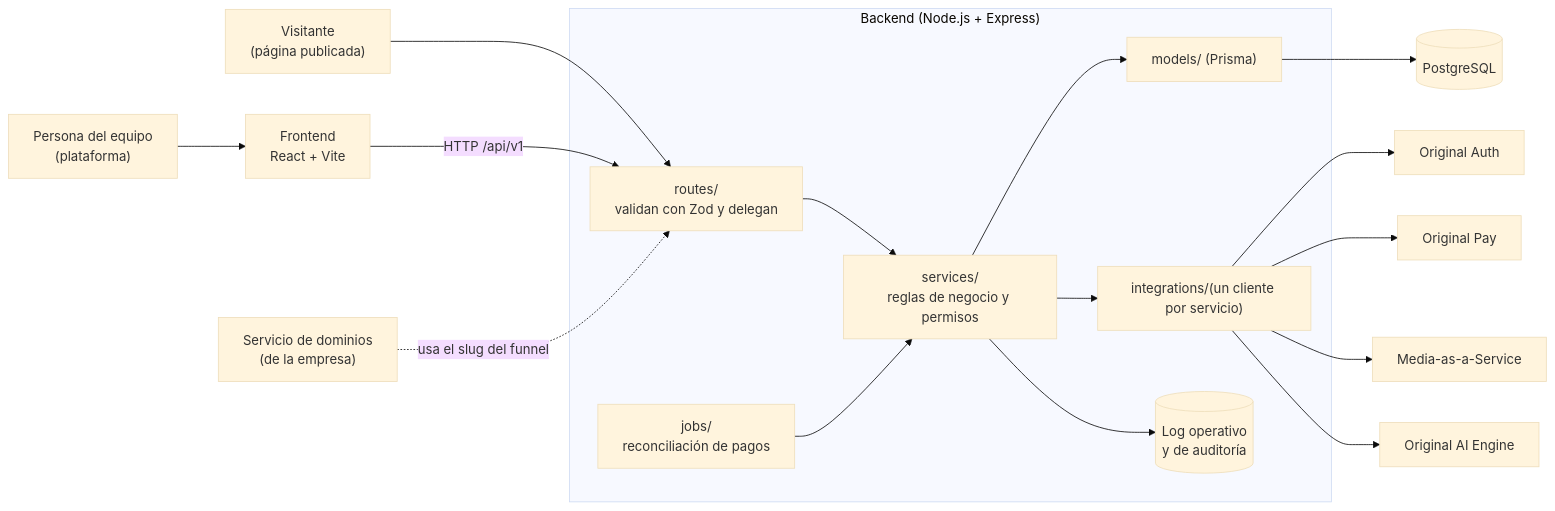
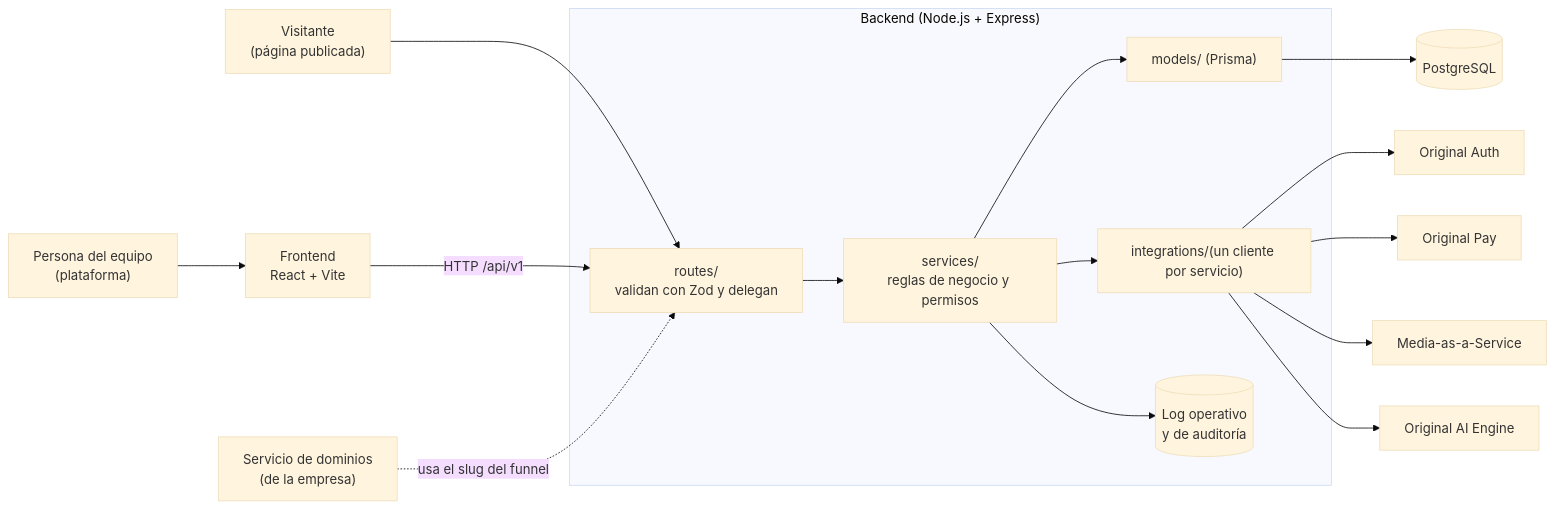
The first of 2 diagrams in docs/ARCHITECTURE.md (originallab/Original_flow), drawn with Mermaid (base theme) before and after one commit. The commit also changed other lines of this file and 22 other files, not shown here.

````diff
--- a/docs/ARCHITECTURE.md
+++ b/docs/ARCHITECTURE.md
@@ -7,21 +7,20 @@
 ```mermaid
 flowchart LR
     V["Visitante<br/>(página publicada)"] --> API
     P["Persona del equipo<br/>(plataforma)"] --> FE["Frontend<br/>React + Vite"]
     FE -->|"HTTP /api/v1"| API
 
     subgraph BE["Backend (Node.js + Express)"]
         API["routes/<br/>validan con Zod y delegan"] --> SV["services/<br/>reglas de negocio y permisos"]
         SV --> MD["models/ (Prisma)"]
         SV --> IN["integrations/(un cliente por servicio)"]
-        JOB["jobs/<br/>reconciliación de pagos"] --> SV
         SV --> LOG[("Log operativo<br/>y de auditoría")]
     end
 
     MD --> DB[("PostgreSQL")]
     IN --> OA["Original Auth"]
     IN --> OP["Original Pay"]
     IN --> MA["Media-as-a-Service"]
     IN --> AI["Original AI Engine"]
     DOM["Servicio de dominios<br/>(de la empresa)"] -.->|"usa el slug del funnel"| API
 ```
````
